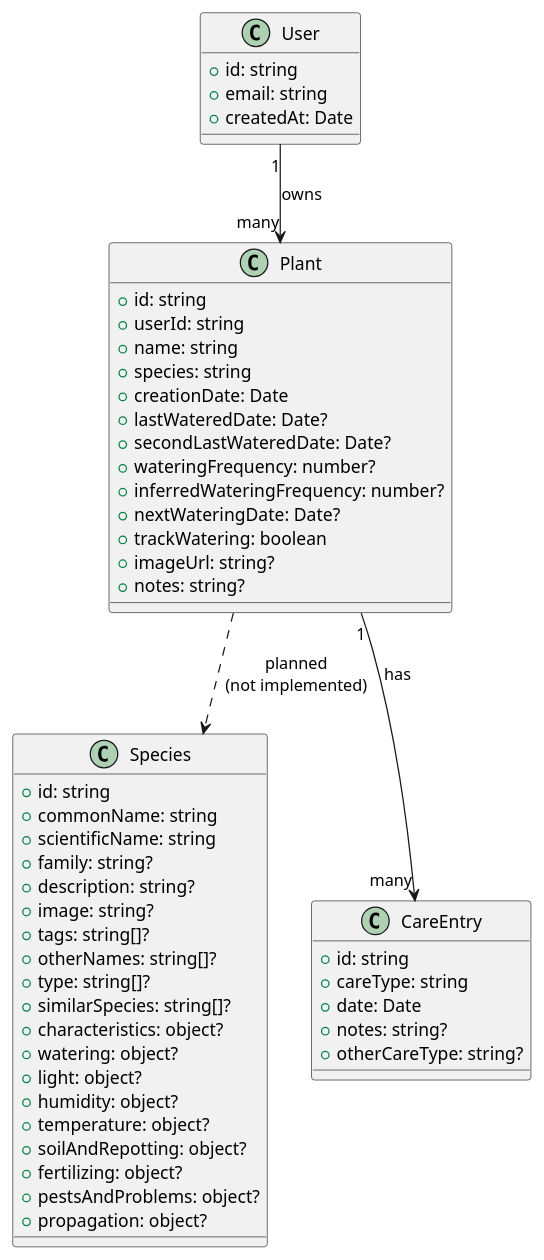
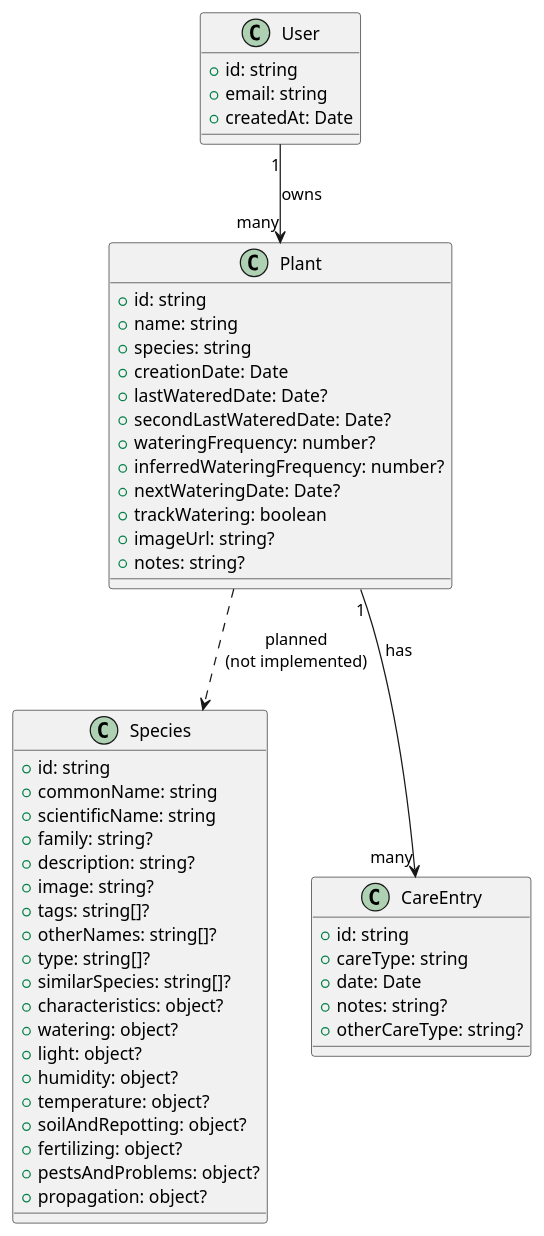
Before and after one commit to Michela-M/the-plant-project: the diagram in docs/database/erd.plantuml, drawn with PlantUML. The commit also changed 5 other files, not shown here.

```diff
--- a/docs/database/erd.plantuml
+++ b/docs/database/erd.plantuml
@@ -1,77 +1,76 @@
 @startuml name ERD
 
 ' ============================
 ' ENTITIES
 ' ============================
 
 skinparam class {
   BackgroundColor<<planned>> #DDDDDD
   BorderColor<<planned>> #999999
 }
 
 class User {
   +id: string
   +email: string
   +createdAt: Date
 }
 
 class Plant {
   +id: string
-  +userId: string
   +name: string
   +species: string
   +creationDate: Date
   +lastWateredDate: Date?
   +secondLastWateredDate: Date?
   +wateringFrequency: number?
   +inferredWateringFrequency: number?
   +nextWateringDate: Date?
   +trackWatering: boolean
   +imageUrl: string?
   +notes: string?
 }
 
 class Species {
   +id: string
   +commonName: string
   +scientificName: string
   +family: string?
   +description: string?
   +image: string?
   +tags: string[]?
   +otherNames: string[]?
   +type: string[]?
   +similarSpecies: string[]?
   +characteristics: object?
   +watering: object?
   +light: object?
   +humidity: object?
   +temperature: object?
   +soilAndRepotting: object?
   +fertilizing: object?
   +pestsAndProblems: object?
   +propagation: object?
 }
 
 class CareEntry {
   +id: string
   +careType: string
   +date: Date
   +notes: string?
   +otherCareType: string?
 }
 
 ' ============================
 ' RELATIONSHIPS (CURRENT)
 ' ============================
 
 User "1" --> "many" Plant : owns
 Plant "1" --> "many" CareEntry : has
 
 ' ============================
 ' FUTURE RELATIONSHIPS (PLANNED)
 ' ============================
 
 Plant ..> Species : planned\n(not implemented)
 
 @enduml
```
